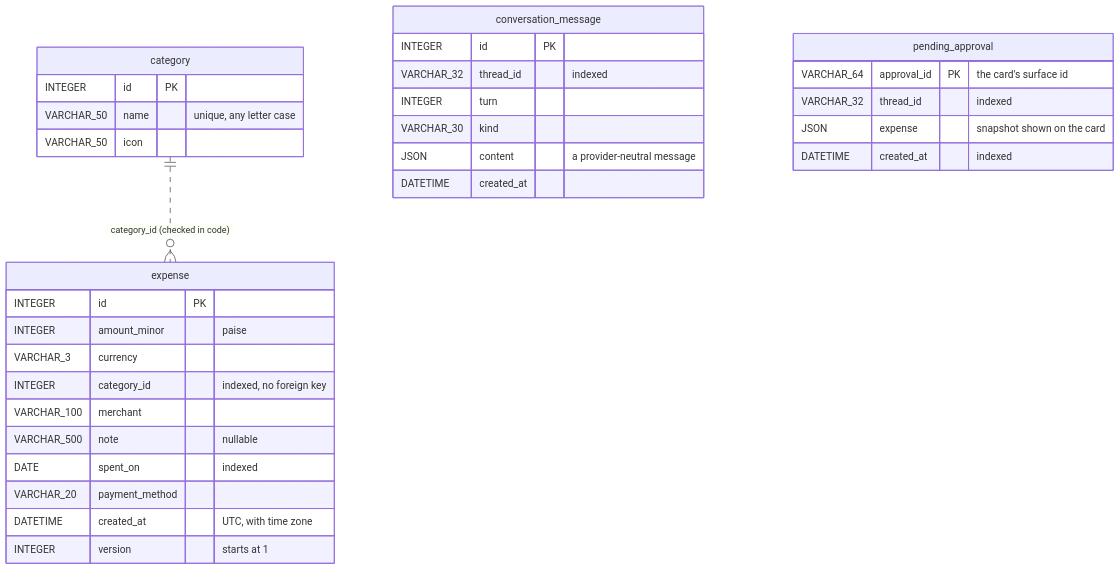
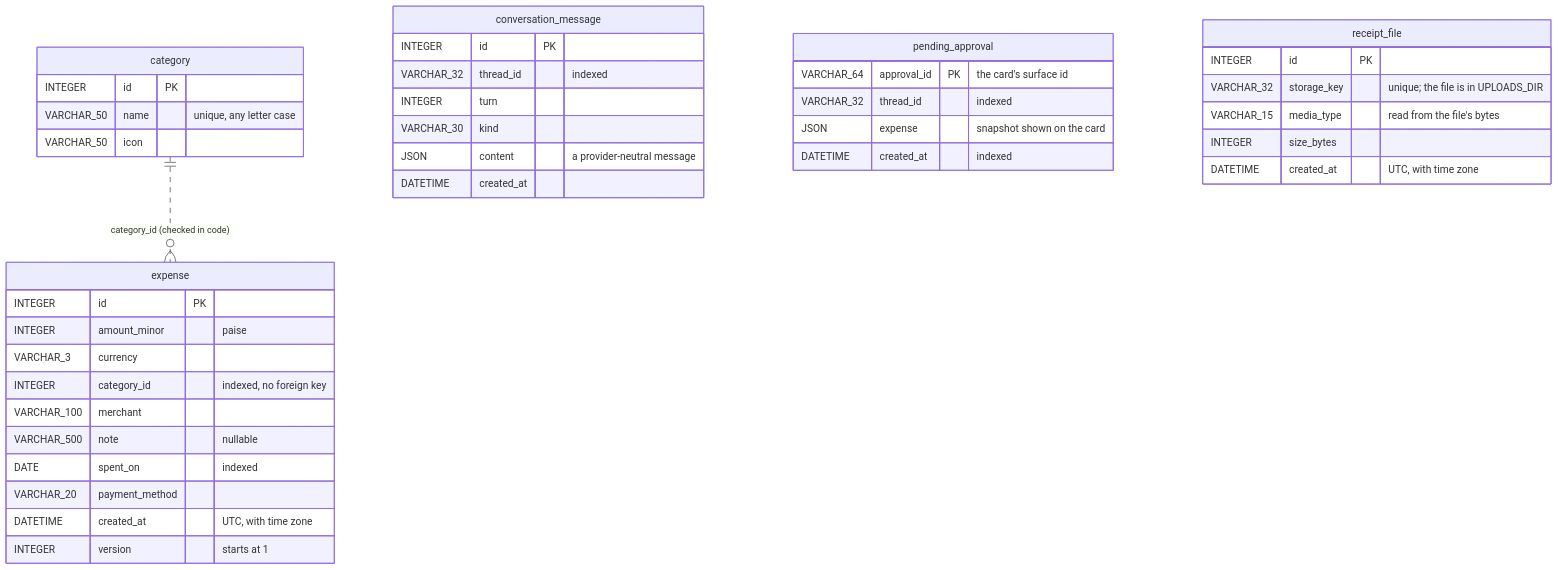
One commit to sanjeevgnrgy/spendwise changed the diagram in docs/database_schema.md. Above: the diagram before and after it, drawn with Mermaid. The commit also changed other lines of this file and 47 other files, not shown here.

````diff
--- a/docs/database_schema.md
+++ b/docs/database_schema.md
@@ -8,35 +8,42 @@
 ```mermaid
 erDiagram
     category {
         INTEGER id PK
         VARCHAR_50 name "unique, any letter case"
         VARCHAR_50 icon
     }
     expense {
         INTEGER id PK
         INTEGER amount_minor "paise"
         VARCHAR_3 currency
         INTEGER category_id "indexed, no foreign key"
         VARCHAR_100 merchant
         VARCHAR_500 note "nullable"
         DATE spent_on "indexed"
         VARCHAR_20 payment_method
         DATETIME created_at "UTC, with time zone"
         INTEGER version "starts at 1"
     }
     conversation_message {
         INTEGER id PK
         VARCHAR_32 thread_id "indexed"
         INTEGER turn
         VARCHAR_30 kind
         JSON content "a provider-neutral message"
         DATETIME created_at
     }
     pending_approval {
         VARCHAR_64 approval_id PK "the card's surface id"
         VARCHAR_32 thread_id "indexed"
         JSON expense "snapshot shown on the card"
         DATETIME created_at "indexed"
     }
+    receipt_file {
+        INTEGER id PK
+        VARCHAR_32 storage_key "unique; the file is in UPLOADS_DIR"
+        VARCHAR_15 media_type "read from the file's bytes"
+        INTEGER size_bytes
+        DATETIME created_at "UTC, with time zone"
+    }
     category ||..o{ expense : "category_id (checked in code)"
 ```
````
